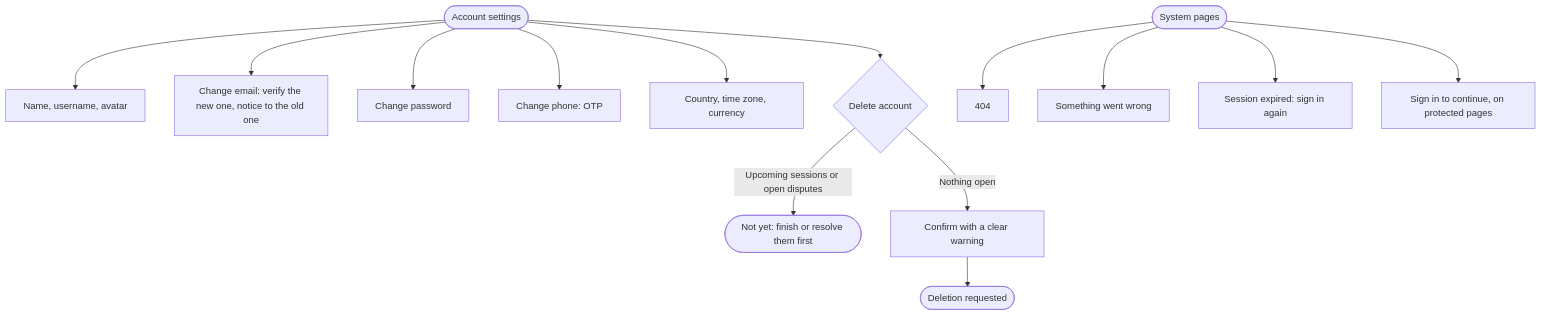
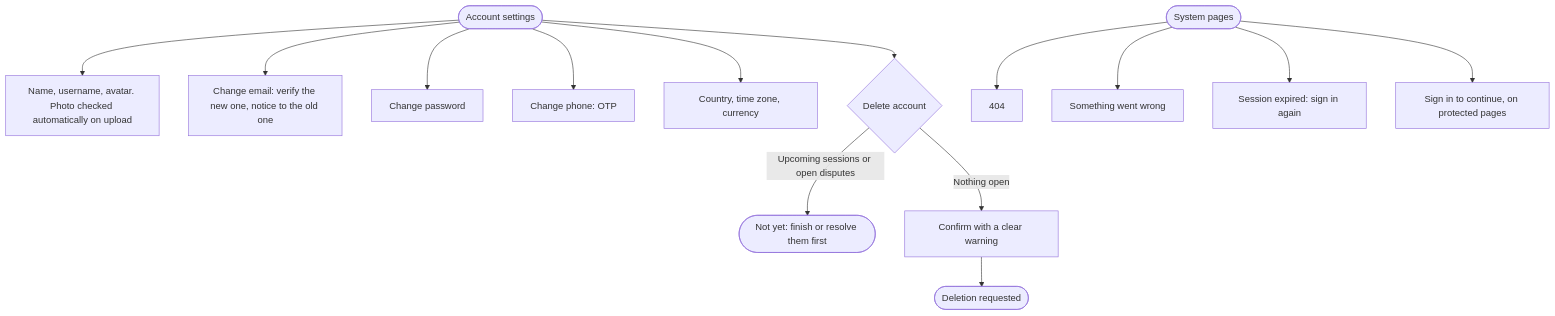
One commit to ILoveWaterSm/Harbourly-Waitlist-2.0 changed the tenth of 13 diagrams in design/USER-FLOW.md. Above: the diagram before and after it, drawn with Mermaid. The commit also changed other lines of this file and 4 other files, not shown here.

````diff
--- a/design/USER-FLOW.md
+++ b/design/USER-FLOW.md
@@ -295,17 +295,17 @@
 ```mermaid
 flowchart TD
-  Account(["Account settings"]) --> Profile["Name, username, avatar"]
+  Account(["Account settings"]) --> Profile["Name, username, avatar. Photo checked automatically on upload"]
   Account --> EmailChange["Change email: verify the new one, notice to the old one"]
   Account --> Password["Change password"]
   Account --> PhoneChange["Change phone: OTP"]
   Account --> Locale["Country, time zone, currency"]
   Account --> Delete{"Delete account"}
   Delete -->|"Upcoming sessions or open disputes"| Blocked(["Not yet: finish or resolve them first"])
   Delete -->|"Nothing open"| Confirm["Confirm with a clear warning"]
   Confirm --> Gone(["Deletion requested"])
 
   System(["System pages"]) --> NotFound["404"]
   System --> Error["Something went wrong"]
   System --> SessionExp["Session expired: sign in again"]
   System --> Protected["Sign in to continue, on protected pages"]
 ```
````
